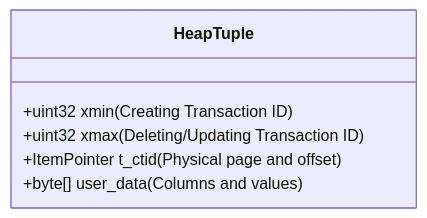
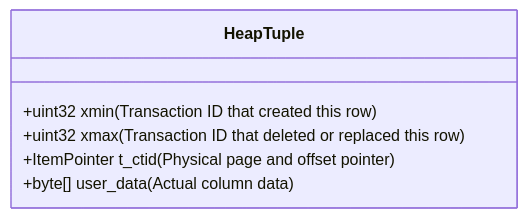
Before and after one commit to weaponxwolf/backend-engineering-mastry: the third of 6 diagrams in docs/database/locking-isolation.mdx, drawn with Mermaid. The commit also changed other lines of this file and 14 other files, not shown here.

Commit message:
docs: refactor and expand JPA and Hibernate architecture guide with physical memory and performance insights

````diff
--- a/docs/database/locking-isolation.mdx
+++ b/docs/database/locking-isolation.mdx
@@ -67,9 +142,9 @@
 ```mermaid
 classDiagram
     class HeapTuple {
-        +uint32 xmin (Creating Transaction ID)
-        +uint32 xmax (Deleting/Updating Transaction ID)
-        +ItemPointer t_ctid (Physical page and offset)
-        +byte[] user_data (Columns and values)
+        +uint32 xmin (Transaction ID that created this row)
+        +uint32 xmax (Transaction ID that deleted or replaced this row)
+        +ItemPointer t_ctid (Physical page and offset pointer)
+        +byte[] user_data (Actual column data)
     }
 ```
````
